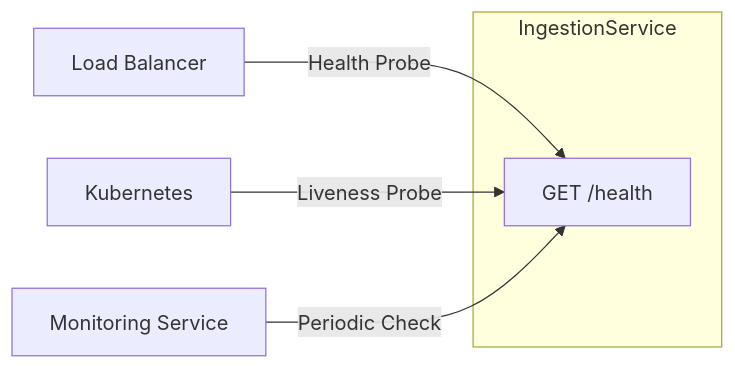
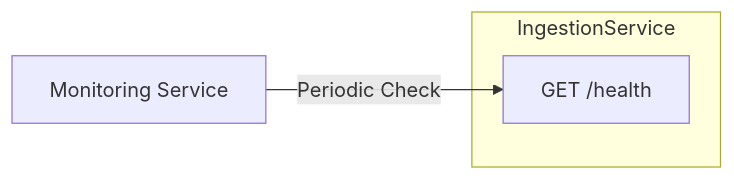
Diagram 15 of 16 in services/ingestion/ARCHITECTURE.md (a1amit/CourseLLM-Firebase), drawn with Mermaid before and after one commit. The commit also changed other lines of this file, not shown here.

````diff
--- a/services/ingestion/ARCHITECTURE.md
+++ b/services/ingestion/ARCHITECTURE.md
@@ -1049,14 +992,10 @@
 ```mermaid
 flowchart LR
-    LoadBalancer["Load Balancer"]
-    Kubernetes["Kubernetes"]
     Monitoring["Monitoring Service"]
     
     subgraph IngestionService
         Health["GET /health"]
     end
     
-    LoadBalancer -->|Health Probe| Health
-    Kubernetes -->|Liveness Probe| Health
     Monitoring -->|Periodic Check| Health
 ```
````
